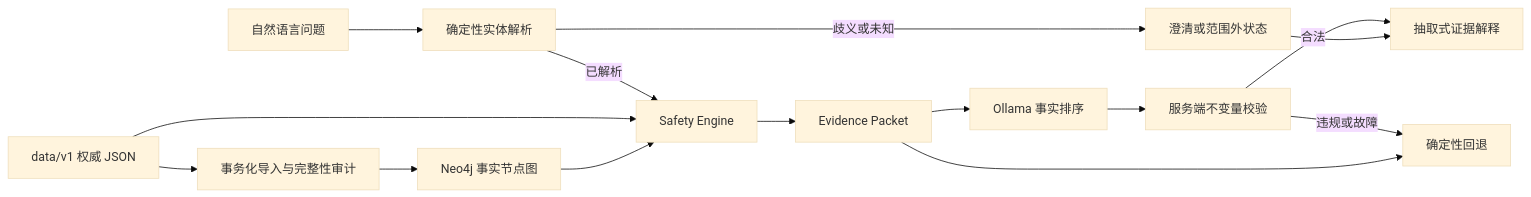
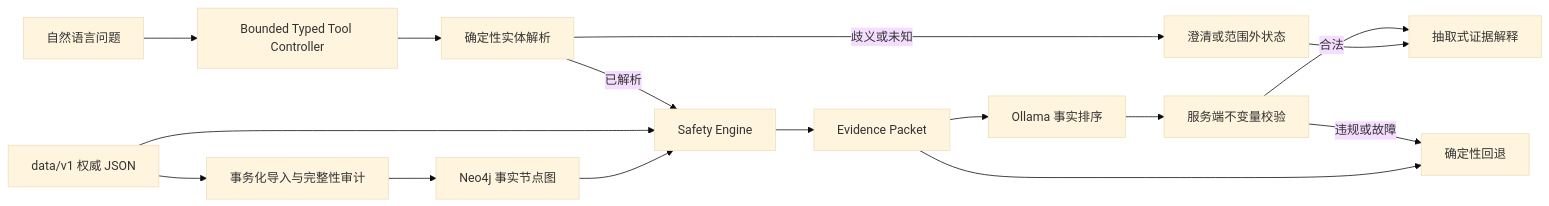
The diagram in README.md (GFLabandon/MedSafetyAssistant), drawn with Mermaid (base theme) before and after one commit. The commit also changed other lines of this file and 5 other files, not shown here.

````diff
--- a/README.md
+++ b/README.md
@@ -52,17 +56,18 @@
 ```mermaid
 flowchart LR
-    A["自然语言问题"] --> R["确定性实体解析"]
+    A["自然语言问题"] --> W["Bounded Typed Tool Controller"]
+    W --> R["确定性实体解析"]
     R -->|"已解析"| B["Safety Engine"]
     R -->|"歧义或未知"| Q["澄清或范围外状态"]
     J["data/v1 权威 JSON"] --> B
     J --> C["事务化导入与完整性审计"]
     C --> D["Neo4j 事实节点图"]
     D --> B
     B --> E["Evidence Packet"]
     E --> F["Ollama 事实排序"]
     F --> G["服务端不变量校验"]
     G -->|"合法"| H["抽取式证据解释"]
     G -->|"违规或故障"| I["确定性回退"]
     E --> I
     Q --> H
 ```
````
